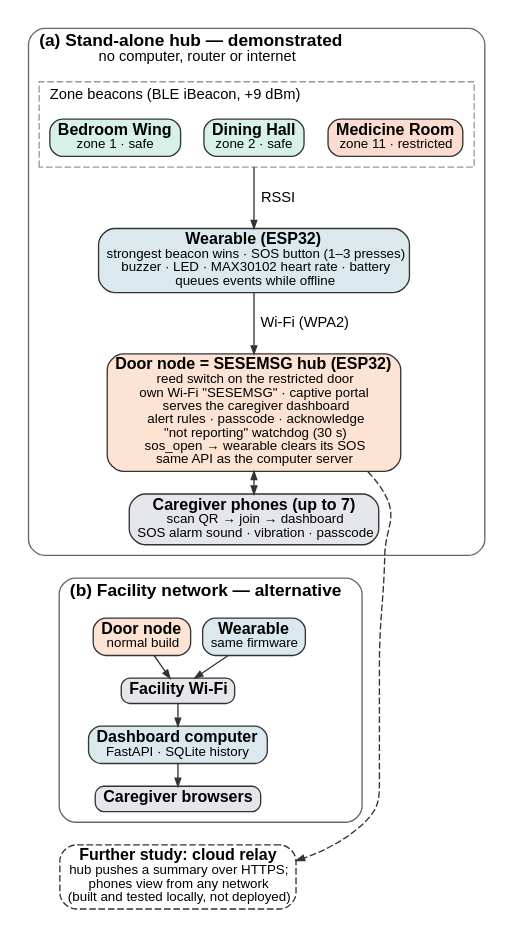
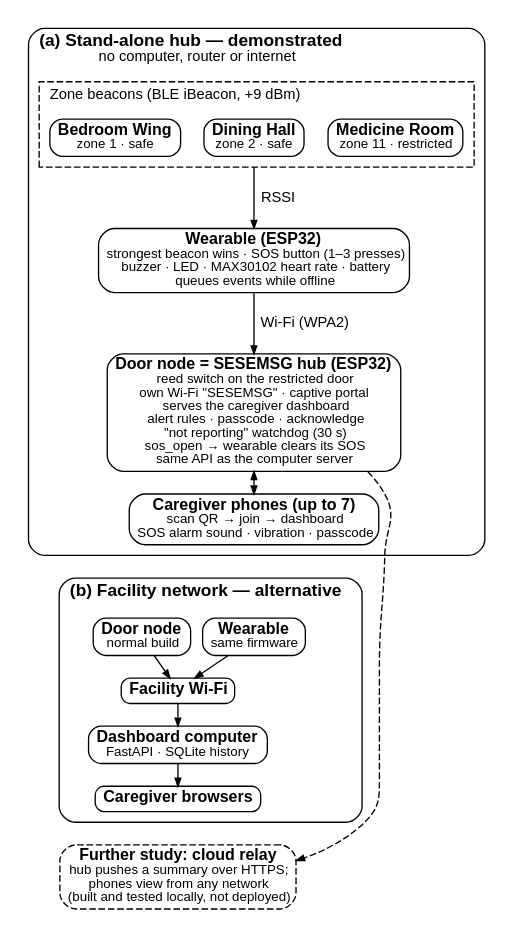
Before and after one commit to Jeju2004/SESEM: the diagram in tools/deliverables/flowcharts/arch_col.dot, drawn with Graphviz. The commit also changed 9 other files, not shown here.

```diff
--- a/tools/deliverables/flowcharts/arch_col.dot
+++ b/tools/deliverables/flowcharts/arch_col.dot
@@ -1,33 +1,33 @@
 digraph A {
   graph [fontname="Liberation Sans", fontsize=13, rankdir=TB, nodesep=0.12, ranksep=0.22, bgcolor="white", pad=0.08, newrank=true, compound=true];
-  node  [fontname="Liberation Sans", fontsize=12, shape=box, style="rounded,filled", fillcolor="#ffffff", color="#333333", penwidth=1, margin="0.08,0.04", width=0, height=0];
-  edge  [fontname="Liberation Sans", fontsize=11, arrowsize=0.6, penwidth=1, color="#333333"];
+  node  [fontname="Liberation Sans", fontsize=12, shape=box, style="rounded,filled", fillcolor="#ffffff", color="#000000", penwidth=1, margin="0.08,0.04", width=0, height=0];
+  edge  [fontname="Liberation Sans", fontsize=11, arrowsize=0.6, penwidth=1, color="#000000"];
 
-  subgraph cluster_a { label=<<b>(a) Stand-alone hub — demonstrated</b><br/><font point-size="11">no computer, router or internet</font>>; labeljust=l; style="rounded"; color="#666666";
-    subgraph cluster_bz { label=<<font point-size="11">Zone beacons (BLE iBeacon, +9 dBm)</font>>; style="dashed"; color="#999999";
-      bw [label=<<b>Bedroom Wing</b><br/><font point-size="10">zone 1 · safe</font>>, fillcolor="#d7f0ea"];
-      dh [label=<<b>Dining Hall</b><br/><font point-size="10">zone 2 · safe</font>>, fillcolor="#d7f0ea"];
-      mr [label=<<b>Medicine Room</b><br/><font point-size="10">zone 11 · restricted</font>>, fillcolor="#fbdcd0"];
+  subgraph cluster_a { label=<<b>(a) Stand-alone hub — demonstrated</b><br/><font point-size="11">no computer, router or internet</font>>; labeljust=l; style="rounded"; color="#000000";
+    subgraph cluster_bz { label=<<font point-size="11">Zone beacons (BLE iBeacon, +9 dBm)</font>>; style="dashed"; color="#000000";
+      bw [label=<<b>Bedroom Wing</b><br/><font point-size="10">zone 1 · safe</font>>, fillcolor="#ffffff"];
+      dh [label=<<b>Dining Hall</b><br/><font point-size="10">zone 2 · safe</font>>, fillcolor="#ffffff"];
+      mr [label=<<b>Medicine Room</b><br/><font point-size="10">zone 11 · restricted</font>>, fillcolor="#ffffff"];
       {rank=same; bw; dh; mr;} bw -> dh -> mr [style=invis];
     }
-    wr [label=<<b>Wearable (ESP32)</b><br/><font point-size="10">strongest beacon wins · SOS button (1–3 presses)<br/>buzzer · LED · MAX30102 heart rate · battery<br/>queues events while offline</font>>, fillcolor="#dbe9ef"];
-    hub [label=<<b>Door node = SESEMSG hub (ESP32)</b><br/><font point-size="10">reed switch on the restricted door<br/>own Wi-Fi "SESEMSG" · captive portal<br/>serves the caregiver dashboard<br/>alert rules · passcode · acknowledge<br/>"not reporting" watchdog (30 s)<br/>sos_open → wearable clears its SOS<br/>same API as the computer server</font>>, fillcolor="#fde3d3"];
-    ph [label=<<b>Caregiver phones (up to 7)</b><br/><font point-size="10">scan QR → join → dashboard<br/>SOS alarm sound · vibration · passcode</font>>, fillcolor="#e4e6ea"];
+    wr [label=<<b>Wearable (ESP32)</b><br/><font point-size="10">strongest beacon wins · SOS button (1–3 presses)<br/>buzzer · LED · MAX30102 heart rate · battery<br/>queues events while offline</font>>, fillcolor="#ffffff"];
+    hub [label=<<b>Door node = SESEMSG hub (ESP32)</b><br/><font point-size="10">reed switch on the restricted door<br/>own Wi-Fi "SESEMSG" · captive portal<br/>serves the caregiver dashboard<br/>alert rules · passcode · acknowledge<br/>"not reporting" watchdog (30 s)<br/>sos_open → wearable clears its SOS<br/>same API as the computer server</font>>, fillcolor="#ffffff"];
+    ph [label=<<b>Caregiver phones (up to 7)</b><br/><font point-size="10">scan QR → join → dashboard<br/>SOS alarm sound · vibration · passcode</font>>, fillcolor="#ffffff"];
     dh -> wr [label="  RSSI", ltail=cluster_bz, minlen=2];
     wr -> hub [label="  Wi-Fi (WPA2)", minlen=2];
     hub -> ph [dir=both];
   }
-  subgraph cluster_b { label=<<b>(b) Facility network — alternative</b>>; labeljust=l; style="rounded"; color="#666666";
-    w2 [label=<<b>Wearable</b><br/><font point-size="10">same firmware</font>>, fillcolor="#dbe9ef"];
-    d2 [label=<<b>Door node</b><br/><font point-size="10">normal build</font>>, fillcolor="#fde3d3"];
-    fw [label=<<b>Facility Wi-Fi</b>>, fillcolor="#e4e6ea"];
-    pc [label=<<b>Dashboard computer</b><br/><font point-size="10">FastAPI · SQLite history</font>>, fillcolor="#dbe9ef"];
-    br [label=<<b>Caregiver browsers</b>>, fillcolor="#e4e6ea"];
+  subgraph cluster_b { label=<<b>(b) Facility network — alternative</b>>; labeljust=l; style="rounded"; color="#000000";
+    w2 [label=<<b>Wearable</b><br/><font point-size="10">same firmware</font>>, fillcolor="#ffffff"];
+    d2 [label=<<b>Door node</b><br/><font point-size="10">normal build</font>>, fillcolor="#ffffff"];
+    fw [label=<<b>Facility Wi-Fi</b>>, fillcolor="#ffffff"];
+    pc [label=<<b>Dashboard computer</b><br/><font point-size="10">FastAPI · SQLite history</font>>, fillcolor="#ffffff"];
+    br [label=<<b>Caregiver browsers</b>>, fillcolor="#ffffff"];
     {rank=same; w2; d2;}
     w2 -> fw; d2 -> fw; fw -> pc -> br;
   }
   cr [label=<<b>Further study: cloud relay</b><br/><font point-size="10">hub pushes a summary over HTTPS;<br/>phones view from any network<br/>(built and tested locally, not deployed)</font>>, style="rounded,dashed", fillcolor="#ffffff"];
   ph -> w2 [style=invis];
   br -> cr [style=invis];
   hub -> cr [style=dashed, constraint=false];
 }
```
